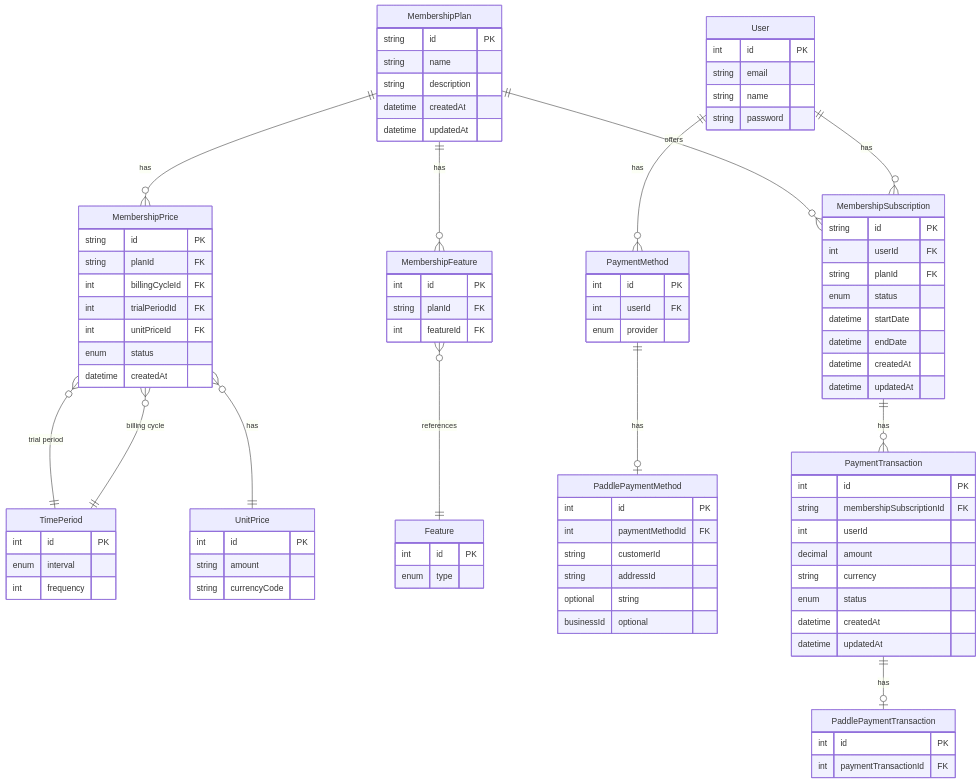
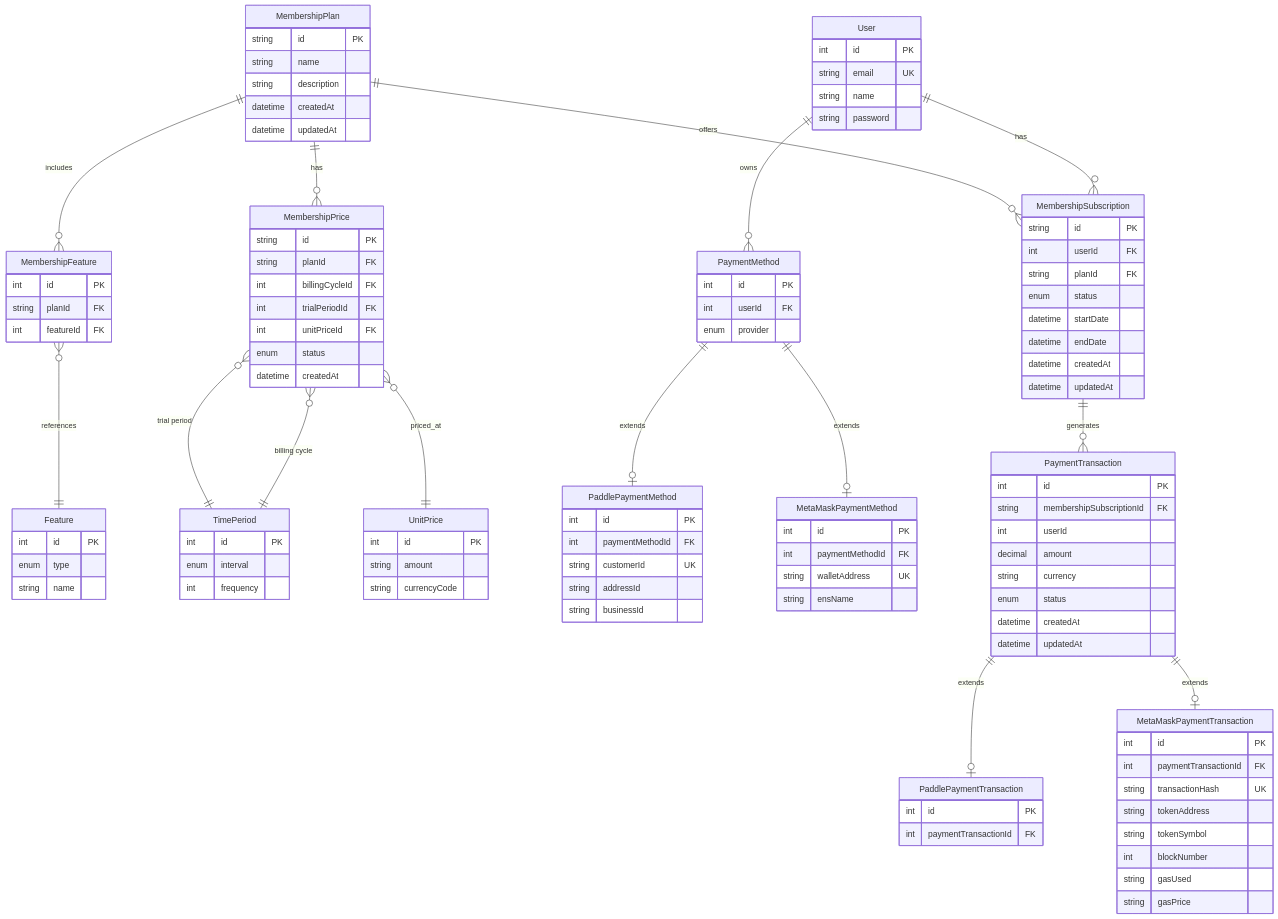
Before and after one commit to aalexx-le/aurora: the second of 9 diagrams in docs/membership/data-model.md, drawn with Mermaid. The commit also changed other lines of this file and 419 other files, not shown here.

````diff
--- a/docs/membership/data-model.md
+++ b/docs/membership/data-model.md
@@ -8,7 +43,7 @@
 erDiagram
     User {
         int id PK
-        string email
+        string email UK
         string name
         string password
     }
@@ -42,6 +77,18 @@
         datetime createdAt
     }
     
+    Feature {
+        int id PK
+        enum type
+        string name
+    }
+    
+    MembershipFeature {
+        int id PK
+        string planId FK
+        int featureId FK
+    }
+    
     TimePeriod {
         int id PK
         enum interval
@@ -54,17 +101,6 @@
         string currencyCode
     }
     
-    Feature {
-        int id PK
-        enum type
-    }
-    
-    MembershipFeature {
-        int id PK
-        string planId FK
-        int featureId FK
-    }
-    
     PaymentMethod {
         int id PK
         int userId FK
@@ -74,9 +110,16 @@
     PaddlePaymentMethod {
         int id PK
         int paymentMethodId FK
-        string customerId
-        string addressId optional
-        string businessId optional
+        string customerId UK
+        string addressId
+        string businessId
+    }
+    
+    MetaMaskPaymentMethod {
+        int id PK
+        int paymentMethodId FK
+        string walletAddress UK
+        string ensName
     }
     
     PaymentTransaction {
@@ -95,21 +138,34 @@
         int paymentTransactionId FK
     }
     
+    MetaMaskPaymentTransaction {
+        int id PK
+        int paymentTransactionId FK
+        string transactionHash UK
+        string tokenAddress
+        string tokenSymbol
+        int blockNumber
+        string gasUsed
+        string gasPrice
+    }
+    
     User ||--o{ MembershipSubscription : has
-    User ||--o{ PaymentMethod : has
+    User ||--o{ PaymentMethod : owns
     
     MembershipPlan ||--o{ MembershipSubscription : offers
     MembershipPlan ||--o{ MembershipPrice : has
-    MembershipPlan ||--o{ MembershipFeature : has
+    MembershipPlan ||--o{ MembershipFeature : includes
     
     MembershipFeature }o--|| Feature : references
     
     MembershipPrice }o--|| TimePeriod : "billing cycle"
     MembershipPrice }o--|| TimePeriod : "trial period"
-    MembershipPrice }o--|| UnitPrice : has
+    MembershipPrice }o--|| UnitPrice : priced_at
     
-    PaymentMethod ||--o| PaddlePaymentMethod : has
+    PaymentMethod ||--o| PaddlePaymentMethod : extends
+    PaymentMethod ||--o| MetaMaskPaymentMethod : extends
     
-    MembershipSubscription ||--o{ PaymentTransaction : has
-    PaymentTransaction ||--o| PaddlePaymentTransaction : has
+    MembershipSubscription ||--o{ PaymentTransaction : generates
+    PaymentTransaction ||--o| PaddlePaymentTransaction : extends
+    PaymentTransaction ||--o| MetaMaskPaymentTransaction : extends
 ```
````
